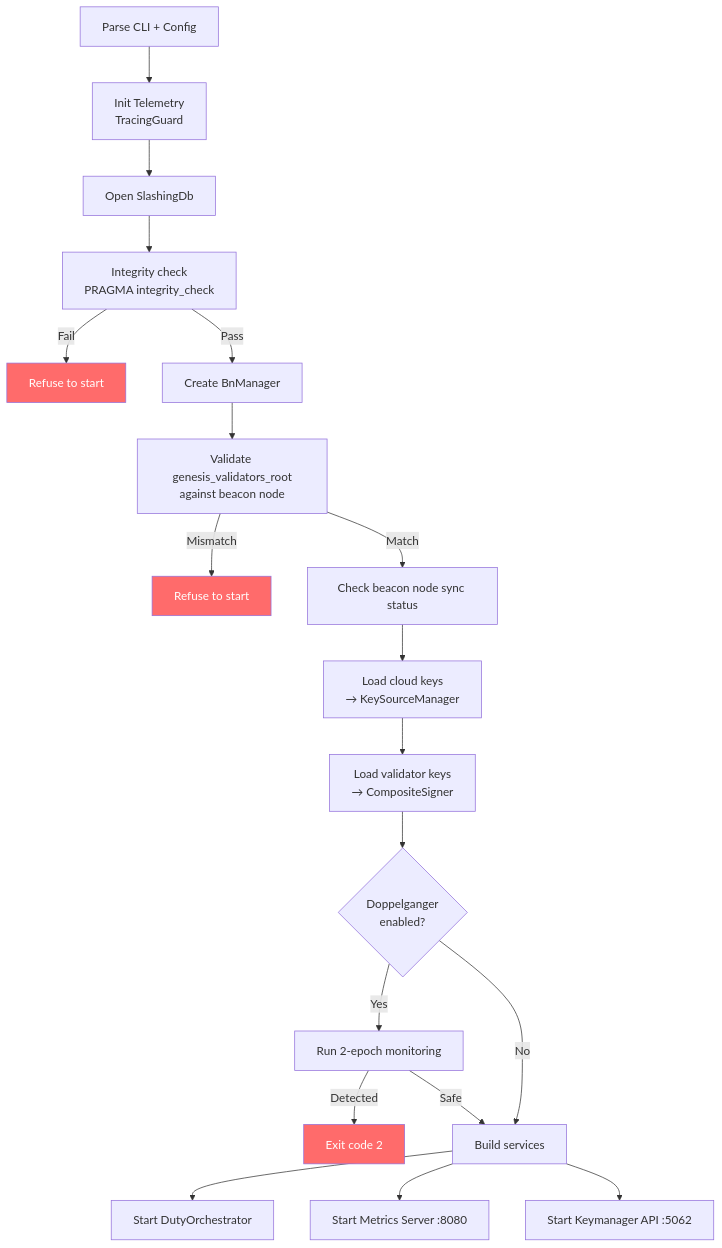
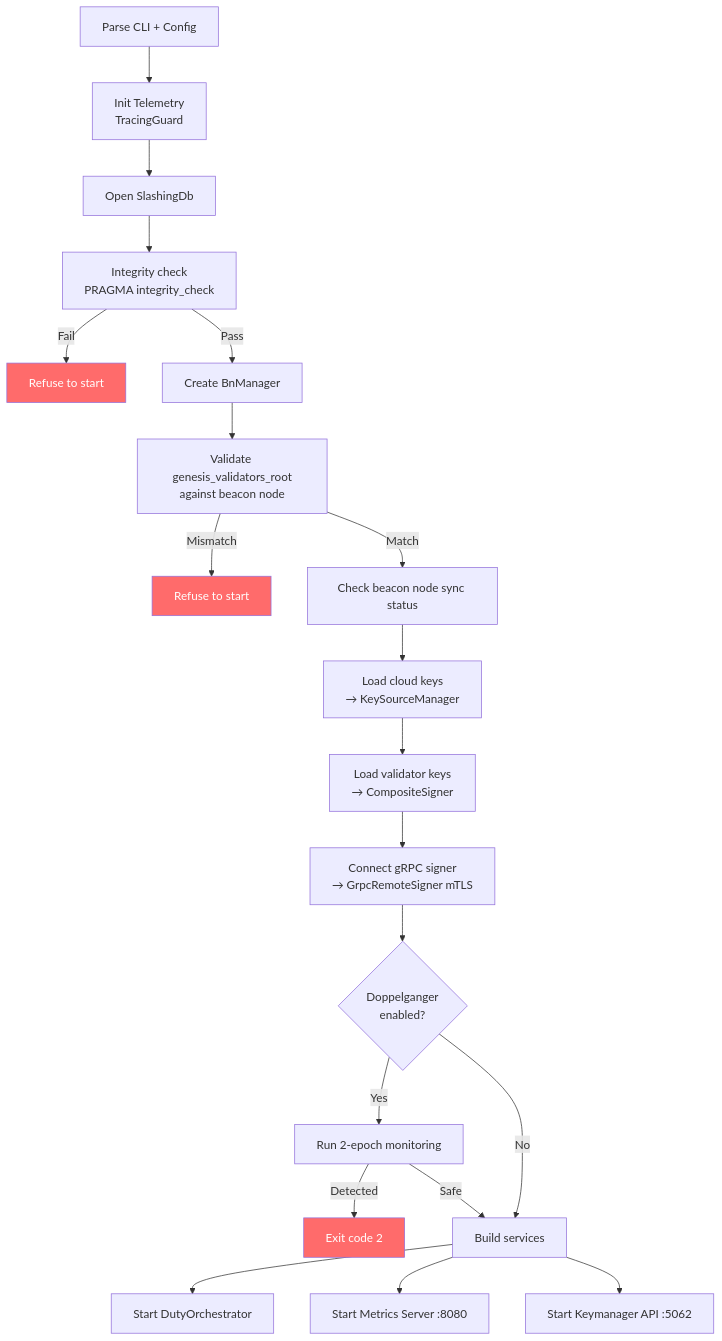
One commit to dsrvlabs/rvc changed the seventh of 8 diagrams in ARCHITECTURE.md. Above: the diagram before and after it, drawn with Mermaid. The commit also changed other lines of this file and 1 other file, not shown here.

First line of the commit message:
docs: add rvc-signer and grpc-signer to architecture and running guide

````diff
--- a/ARCHITECTURE.md
+++ b/ARCHITECTURE.md
@@ -326,25 +348,26 @@
 ```mermaid
 flowchart TD
     A[Parse CLI + Config] --> A1[Init Telemetry<br/>TracingGuard]
     A1 --> B[Open SlashingDb]
     B --> C[Integrity check<br/>PRAGMA integrity_check]
     C -->|Fail| X1[Refuse to start]
     C -->|Pass| D[Create BnManager]
     D --> E[Validate genesis_validators_root<br/>against beacon node]
     E -->|Mismatch| X2[Refuse to start]
     E -->|Match| F[Check beacon node sync status]
     F --> F1[Load cloud keys<br/>→ KeySourceManager]
     F1 --> G[Load validator keys<br/>→ CompositeSigner]
-    G --> H{Doppelganger<br/>enabled?}
+    G --> G1[Connect gRPC signer<br/>→ GrpcRemoteSigner mTLS]
+    G1 --> H{Doppelganger<br/>enabled?}
     H -->|Yes| I[Run 2-epoch monitoring]
     I -->|Detected| X3[Exit code 2]
     I -->|Safe| J[Build services]
     H -->|No| J
     J --> K[Start DutyOrchestrator]
     J --> L[Start Metrics Server :8080]
     J --> M[Start Keymanager API :5062]
 
     style X1 fill:#ff6b6b,color:#fff
     style X2 fill:#ff6b6b,color:#fff
     style X3 fill:#ff6b6b,color:#fff
 ```
````
